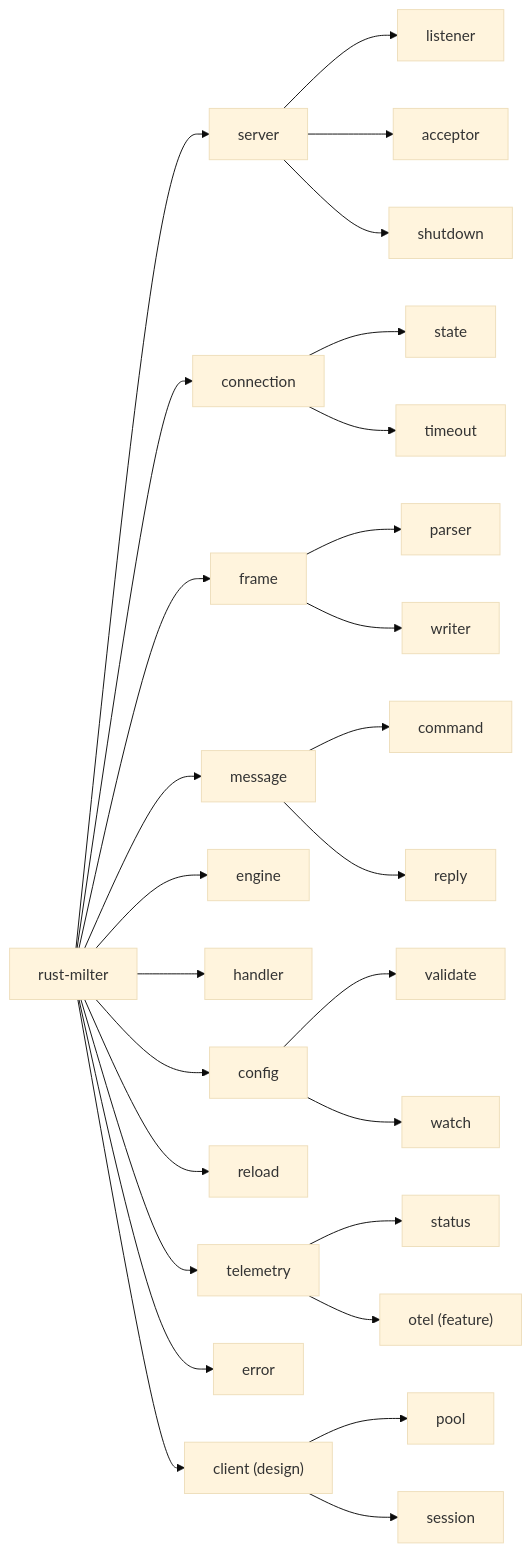
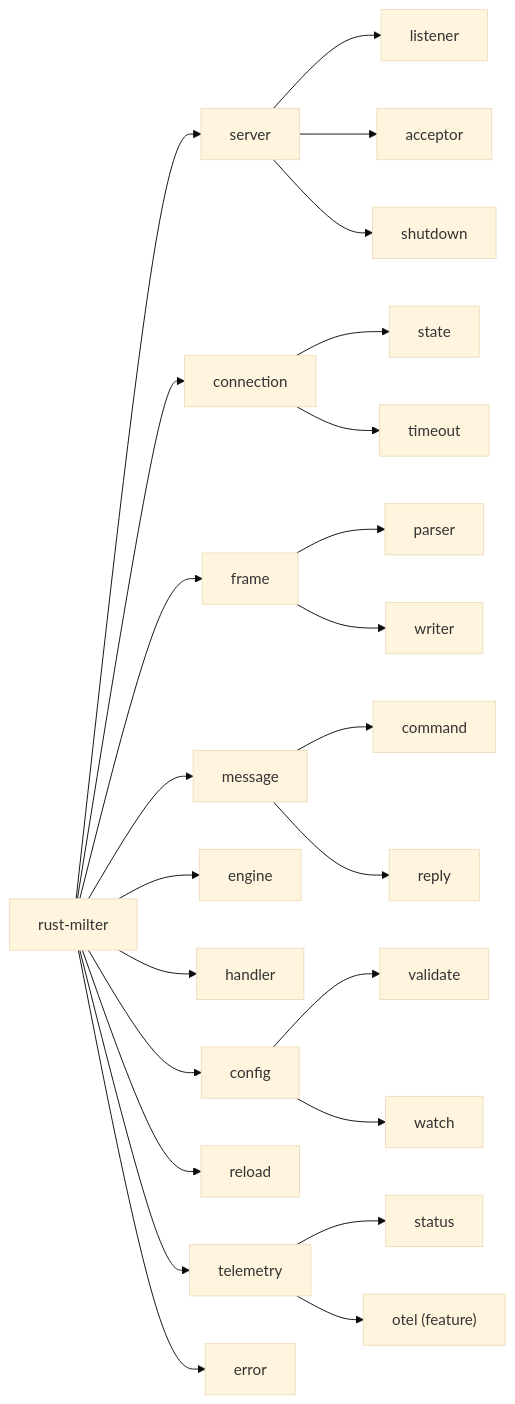
One commit to photom/rust-milter changed the second of 7 diagrams in docs/explanation/architecture.md. Above: the diagram before and after it, drawn with Mermaid (base theme). The commit also changed other lines of this file and 24 other files, not shown here.

````diff
--- a/docs/explanation/architecture.md
+++ b/docs/explanation/architecture.md
@@ -195,38 +195,35 @@
 ```mermaid
 flowchart LR
     root["rust-milter"]
 
     root --> server
     root --> connection
     root --> frame
     root --> message
     root --> engine
     root --> handler
     root --> config
     root --> reload
     root --> telemetry
     root --> error
-    root --> client["client (design)"]
 
     server --> listener
     server --> acceptor
     server --> shutdown
 
     connection --> transport_state["state"]
     connection --> timeout
 
     frame --> parser
     frame --> writer
 
     message --> command
     message --> reply
 
     config --> validate
     config --> watch
 
     telemetry --> status
     telemetry --> otel["otel (feature)"]
 
-    client --> pool
-    client --> session
 ```
````
